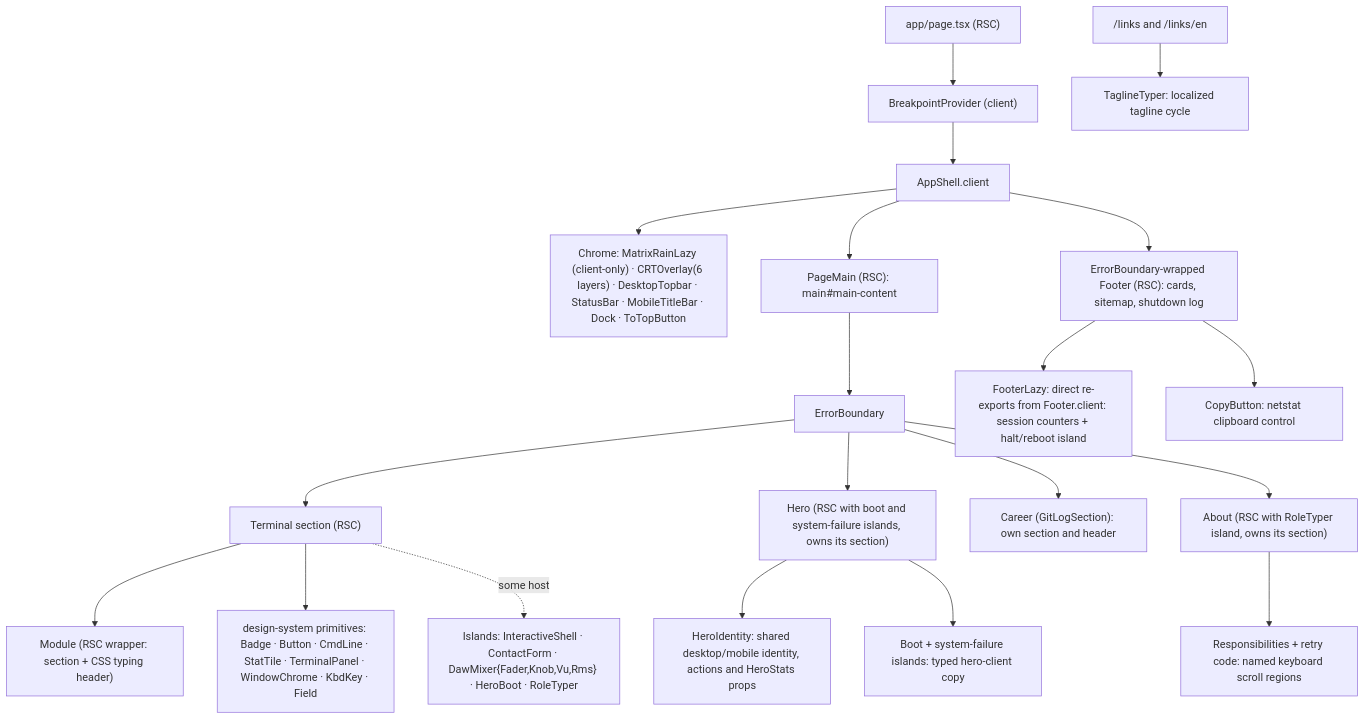
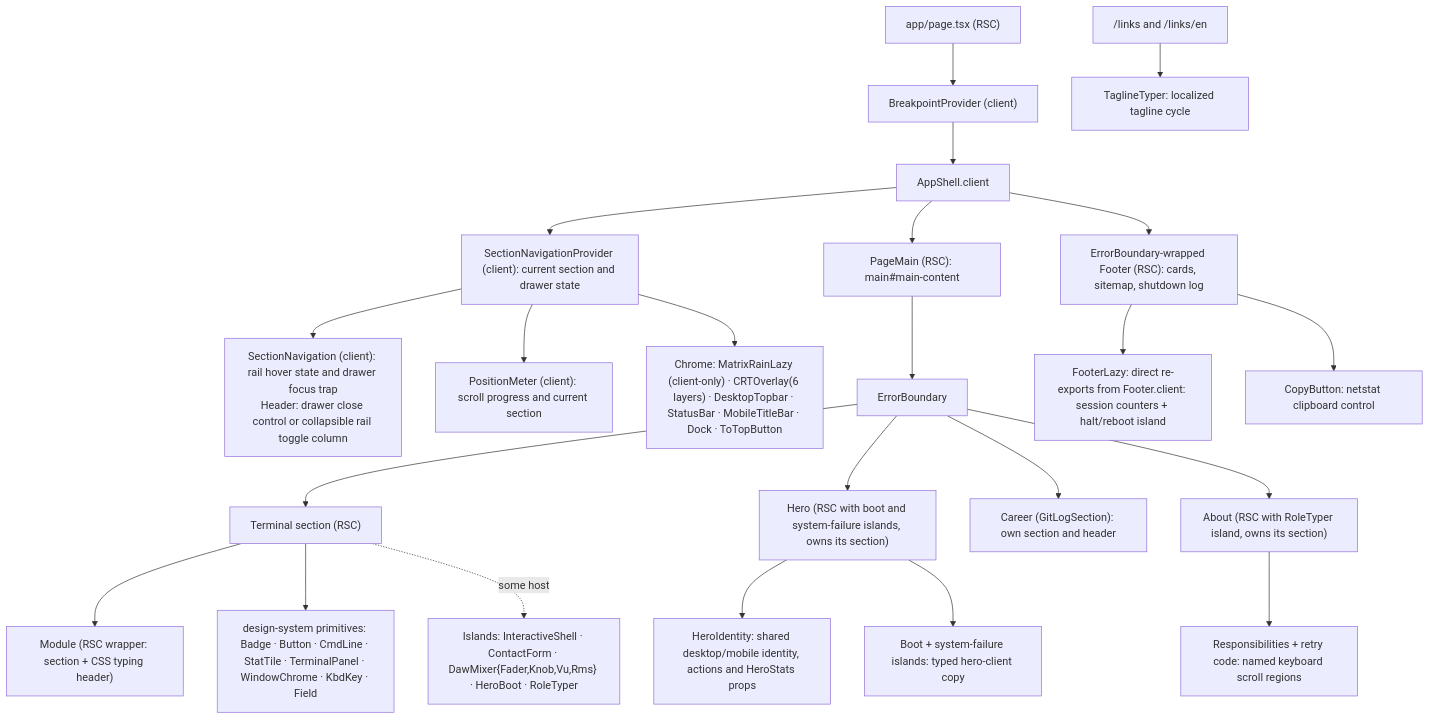
Before and after one commit to erikunha/portfolio: the first of 2 diagrams in docs/04-components-and-state.md, drawn with Mermaid. The commit also changed other lines of this file and 56 other files, not shown here.

First line of the commit message:
feat(nav): section rail, drawer, dock and position meter (T040) (#296)

````diff
--- a/docs/04-components-and-state.md
+++ b/docs/04-components-and-state.md
@@ -26,22 +26,25 @@
 ```mermaid
 flowchart TD
     page["app/page.tsx (RSC)"] --> bp["BreakpointProvider (client)"]
     bp --> shell["AppShell.client"]
-    shell --> chrome["Chrome: MatrixRainLazy (client-only) · CRTOverlay(6 layers) · DesktopTopbar · StatusBar · MobileTitleBar · Dock · ToTopButton"]
+    shell --> navigation["SectionNavigationProvider (client): current section and drawer state"]
+    navigation --> rail["SectionNavigation (client): rail hover state and drawer focus trap<br/>Header: drawer close control or collapsible rail toggle column"]
+    navigation --> position["PositionMeter (client): scroll progress and current section"]
+    navigation --> chrome["Chrome: MatrixRainLazy (client-only) · CRTOverlay(6 layers) · DesktopTopbar · StatusBar · MobileTitleBar · Dock · ToTopButton"]
     shell --> main["PageMain (RSC): main#main-content"]
     main --> eb["ErrorBoundary"]
     eb --> sec["Terminal section (RSC)"]
     sec --> mod["Module (RSC wrapper: section + CSS typing header)"]
     sec --> dsp["design-system primitives: Badge · Button · CmdLine · StatTile · TerminalPanel · WindowChrome · KbdKey · Field"]
     sec -. some host .-> isl["Islands: InteractiveShell · ContactForm · DawMixer{Fader,Knob,Vu,Rms} · HeroBoot · RoleTyper"]
     eb --> hero["Hero (RSC with boot and system-failure islands, owns its section)"]
     hero --> identity["HeroIdentity: shared desktop/mobile identity, actions and HeroStats props"]
     hero --> clientcopy["Boot + system-failure islands: typed hero-client copy"]
     eb --> career["Career (GitLogSection): own section and header"]
     eb --> about["About (RSC with RoleTyper island, owns its section)"]
     about --> scroll["Responsibilities + retry code: named keyboard scroll regions"]
     shell --> fl["ErrorBoundary-wrapped Footer (RSC): cards, sitemap, shutdown log"]
     fl --> fi["FooterLazy: direct re-exports from Footer.client: session counters + halt/reboot island"]
     fl --> fc["CopyButton: netstat clipboard control"]
     links["/links and /links/en"] --> tagline["TaglineTyper: localized tagline cycle"]
 ```
````
